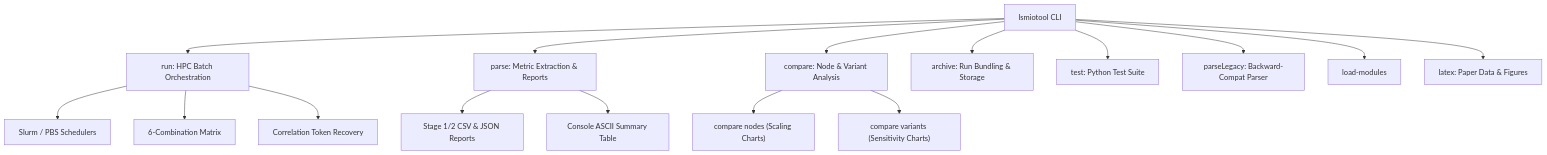
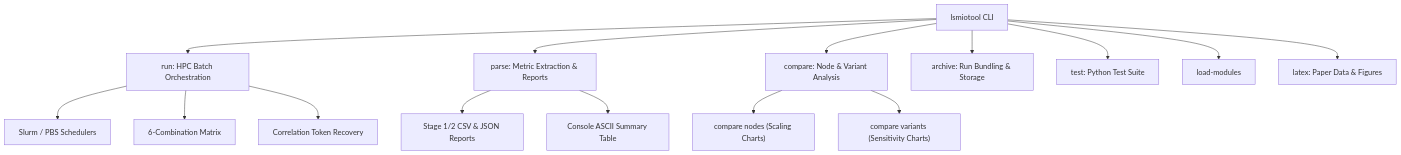
Before and after one commit to tybulut/lsmio: the diagram in tools/README.md, drawn with Mermaid. The commit also changed other lines of this file and 78 other files, not shown here.

Commit message:
Retire bmtool: delete tools/bmtool and lsmiotool's bmtool-only paths (parseLegacy, live-outputs archive, LMP outputs chain, recoverRun, lib/dirs.py); parse <dir> recognises IOR outputs directories

````diff
--- a/tools/README.md
+++ b/tools/README.md
@@ -127,21 +19,20 @@
 ```mermaid
 graph TD
     CLI["lsmiotool CLI"] --> RUN["run: HPC Batch Orchestration"]
     CLI --> PARSE["parse: Metric Extraction & Reports"]
     CLI --> COMPARE["compare: Node & Variant Analysis"]
     CLI --> ARCHIVE["archive: Run Bundling & Storage"]
     CLI --> TEST["test: Python Test Suite"]
-    CLI --> LEGACY["parseLegacy: Backward-Compat Parser"]
     CLI --> ENV["load-modules"]
     CLI --> LATEX["latex: Paper Data & Figures"]
 
     RUN --> SCHED["Slurm / PBS Schedulers"]
     RUN --> MATRIX["6-Combination Matrix"]
     RUN --> RECOVERY["Correlation Token Recovery"]
 
     PARSE --> REPORTS["Stage 1/2 CSV & JSON Reports"]
     PARSE --> ASCII["Console ASCII Summary Table"]
 
     COMPARE --> PLOT_NODES["compare nodes (Scaling Charts)"]
     COMPARE --> PLOT_VAR["compare variants (Sensitivity Charts)"]
 ```
````
